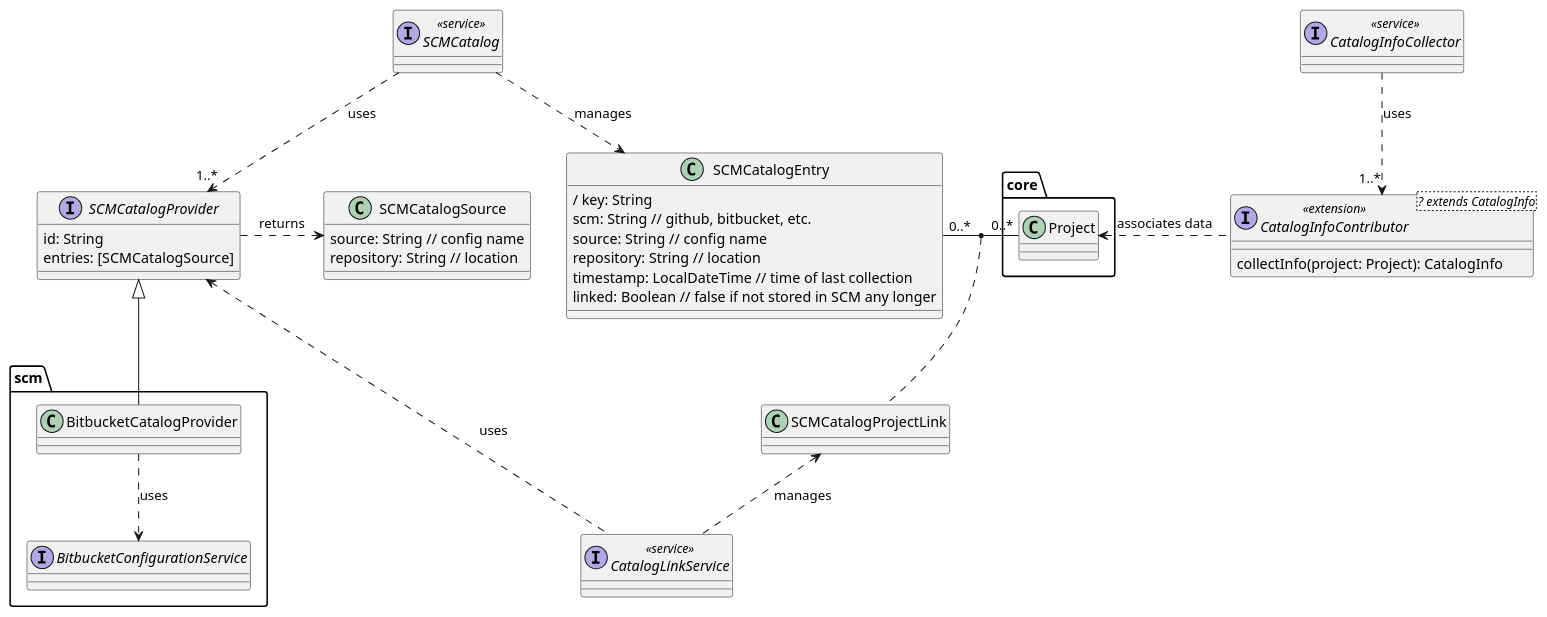
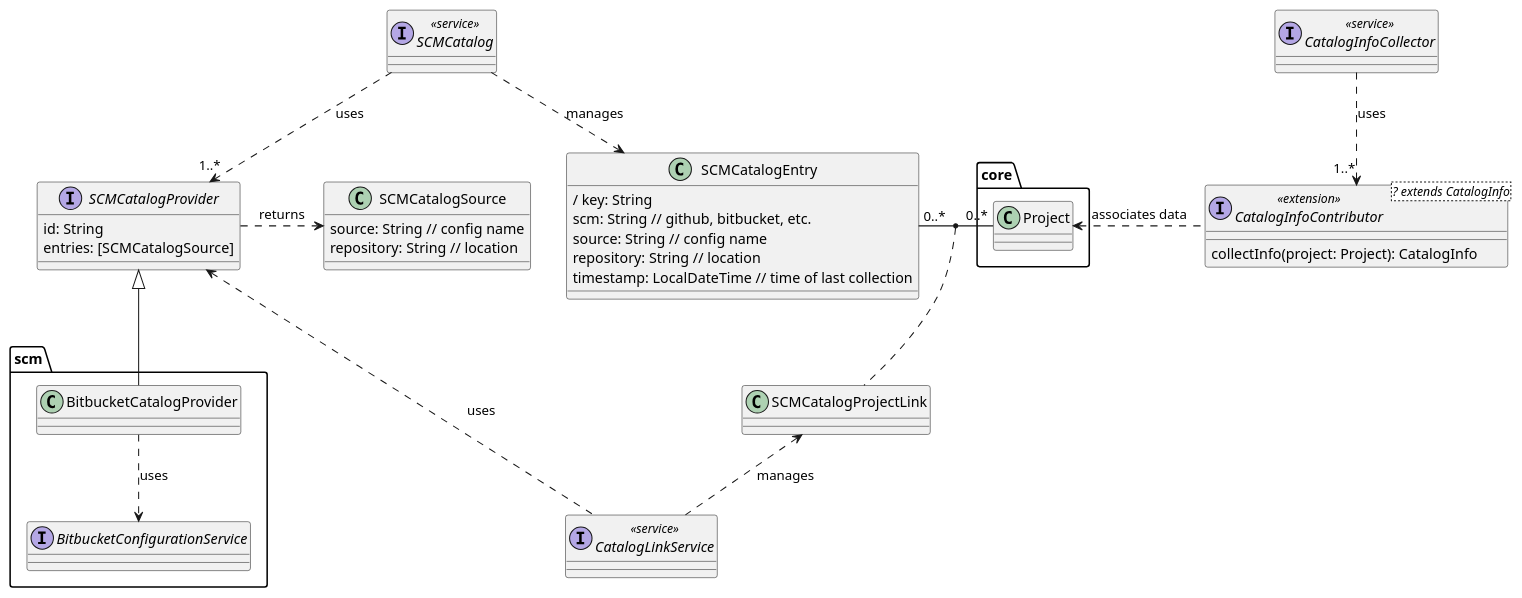
One commit to nemerosa/ontrack changed the diagram in ontrack-docs/src/docs/asciidoc/catalog-model.puml. Above: the diagram before and after it, drawn with PlantUML. The commit also changed 5 other files, not shown here.

Commit message:
[catalog] Removed `linked` (was not used)

```diff
--- a/ontrack-docs/src/docs/asciidoc/catalog-model.puml
+++ b/ontrack-docs/src/docs/asciidoc/catalog-model.puml
@@ -1,65 +1,64 @@
 @startuml
 
 package core {
     class Project
 }
 
 interface SCMCatalogProvider {
     id: String
     entries: [SCMCatalogSource]
 }
 
 interface SCMCatalog <<service>>
 
 SCMCatalog ..> SCMCatalogEntry: manages
 
 SCMCatalog ..> SCMCatalogProvider: uses "1..*"
 
 class SCMCatalogSource {
     source: String // config name
     repository: String // location
 }
 
 SCMCatalogProvider .right.> SCMCatalogSource: returns
 
 class SCMCatalogEntry {
     / key: String
     scm: String // github, bitbucket, etc.
     source: String // config name
     repository: String // location
     timestamp: LocalDateTime // time of last collection
-    linked: Boolean // false if not stored in SCM any longer
 }
 
 class SCMCatalogProjectLink
 
 
 SCMCatalogEntry "0..*" - "0..*" Project
 
 (SCMCatalogEntry, Project) .. SCMCatalogProjectLink
 
 interface CatalogLinkService <<service>>
 
 CatalogLinkService .up.> SCMCatalogProjectLink: manages
 
 CatalogLinkService .up.> SCMCatalogProvider: uses
 
 interface CatalogInfoContributor<? extends CatalogInfo> <<extension>> {
     collectInfo(project: Project): CatalogInfo
 }
 
 CatalogInfoContributor .left.> Project: associates data
 
 interface CatalogInfoCollector <<service>>
 
 CatalogInfoCollector ..> CatalogInfoContributor: uses "1..*"
 
 package scm {
     interface BitbucketConfigurationService
     class BitbucketCatalogProvider
 
     BitbucketCatalogProvider -up-|> SCMCatalogProvider
     BitbucketCatalogProvider .down.> BitbucketConfigurationService: uses
 }
 
 @enduml
```
